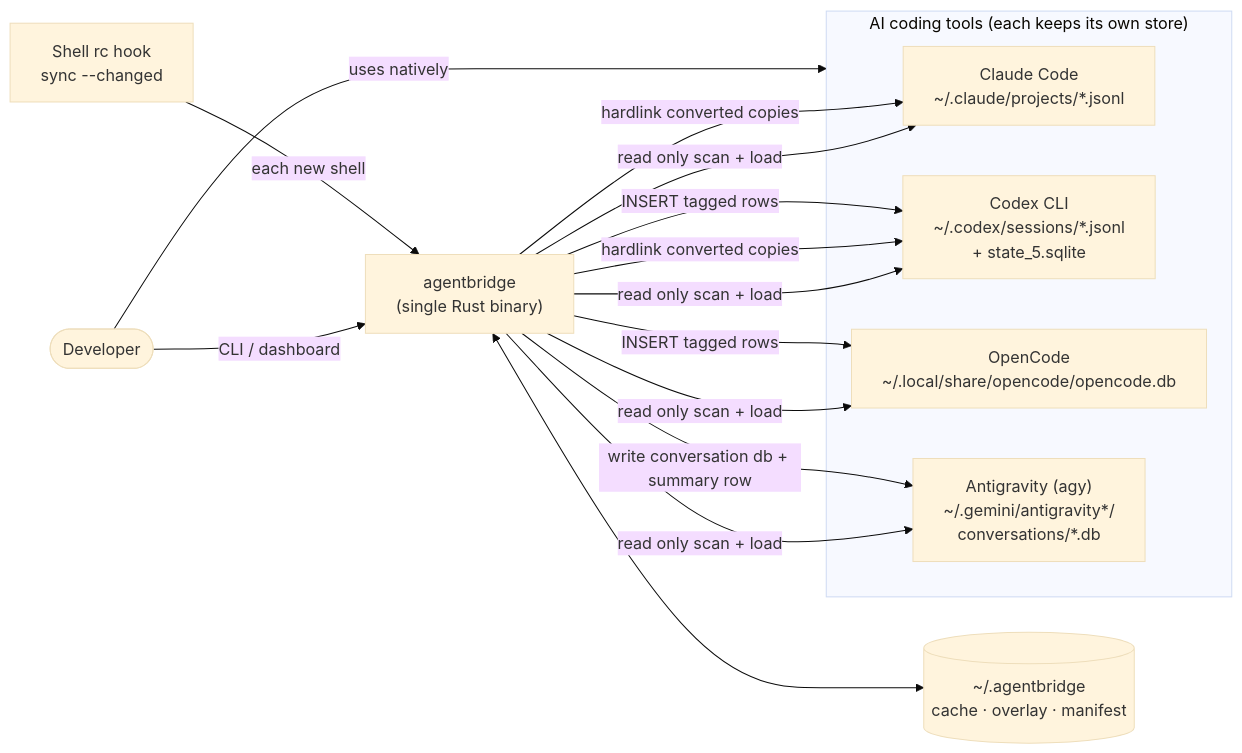
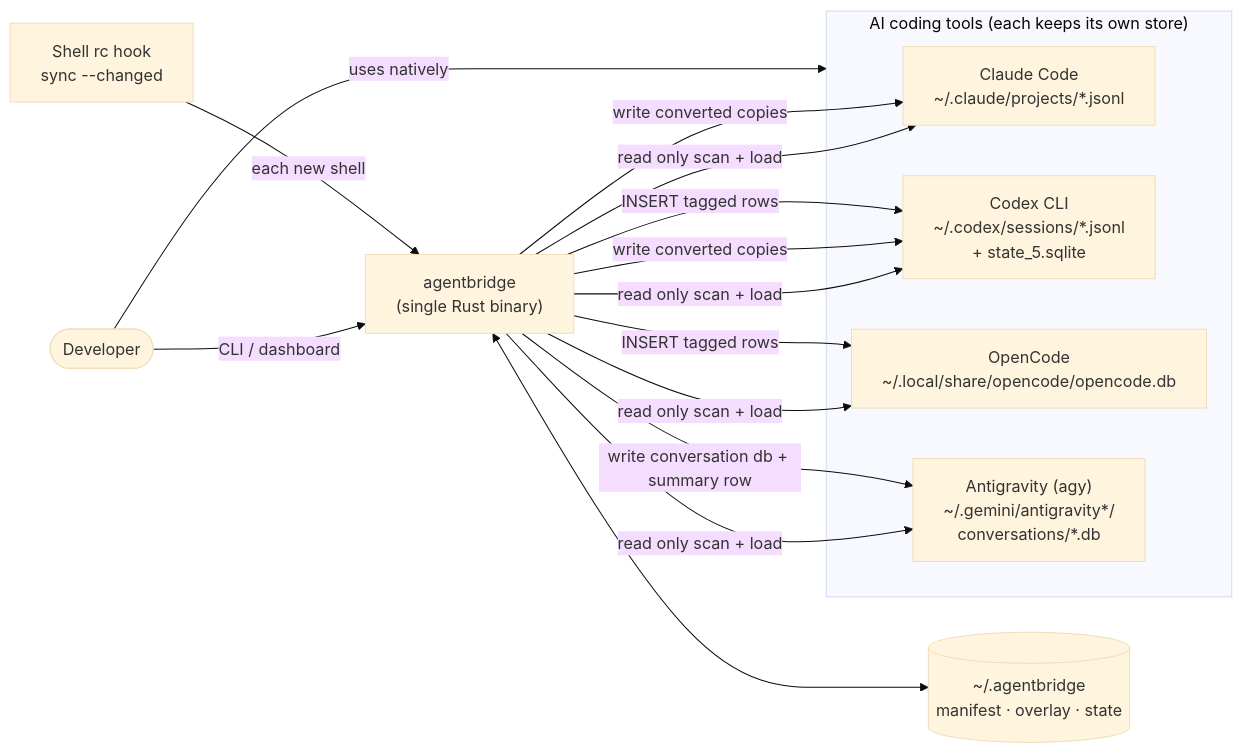
One commit to 45Harry/agentbridge changed the first of 12 diagrams in ARCHITECTURE.md. Above: the diagram before and after it, drawn with Mermaid (base theme). The commit also changed other lines of this file and 1 other file, not shown here.

First line of the commit message:
docs: bring ARCHITECTURE.md in line with the code

````diff
--- a/ARCHITECTURE.md
+++ b/ARCHITECTURE.md
@@ -24,24 +24,24 @@
 ```mermaid
 flowchart LR
     user([Developer])
 
     subgraph tools["AI coding tools (each keeps its own store)"]
         cc["Claude Code<br/>~/.claude/projects/*.jsonl"]
         cx["Codex CLI<br/>~/.codex/sessions/*.jsonl<br/>+ state_5.sqlite"]
         oc["OpenCode<br/>~/.local/share/opencode/opencode.db"]
         ag["Antigravity (agy)<br/>~/.gemini/antigravity*/<br/>conversations/*.db"]
     end
 
     ab["agentbridge<br/>(single Rust binary)"]
-    data[("~/.agentbridge<br/>cache · overlay · manifest")]
+    data[("~/.agentbridge<br/>manifest · overlay · state")]
     shell["Shell rc hook<br/>sync --changed"]
 
     user -->|"CLI / dashboard"| ab
     shell -->|"each new shell"| ab
     ab -->|"read only scan + load"| cc & cx & oc & ag
-    ab -->|"hardlink converted copies"| cc & cx
+    ab -->|"write converted copies"| cc & cx
     ab -->|"INSERT tagged rows"| oc & cx
     ab -->|"write conversation db + summary row"| ag
     ab <--> data
     user -->|"uses natively"| tools
 ```
````
